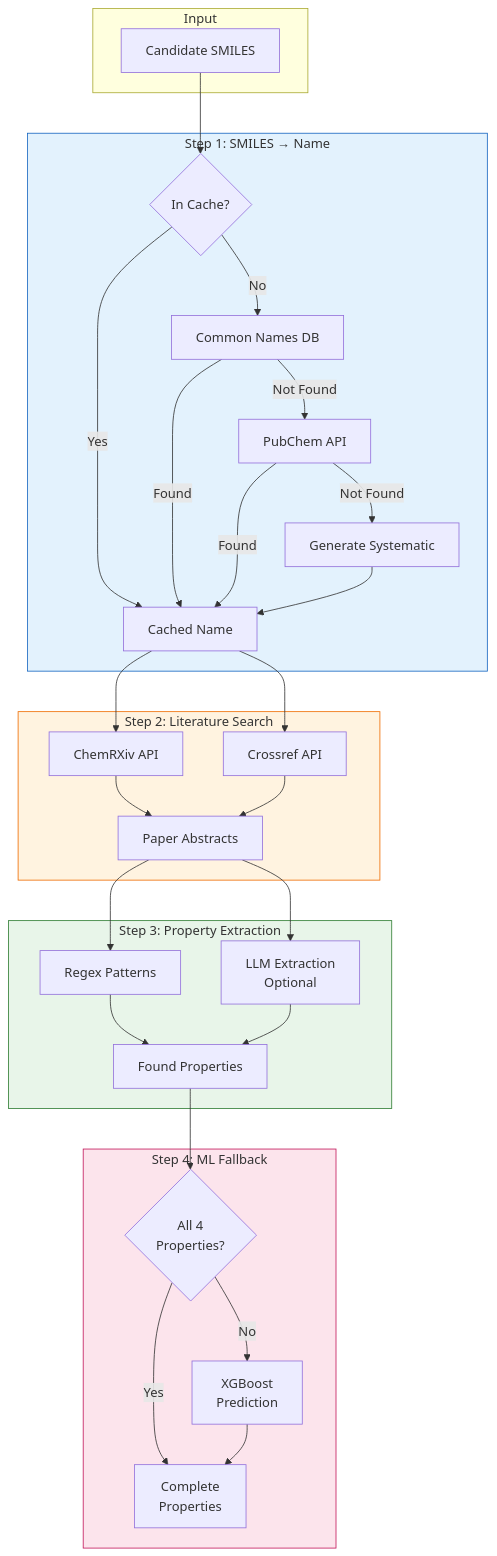
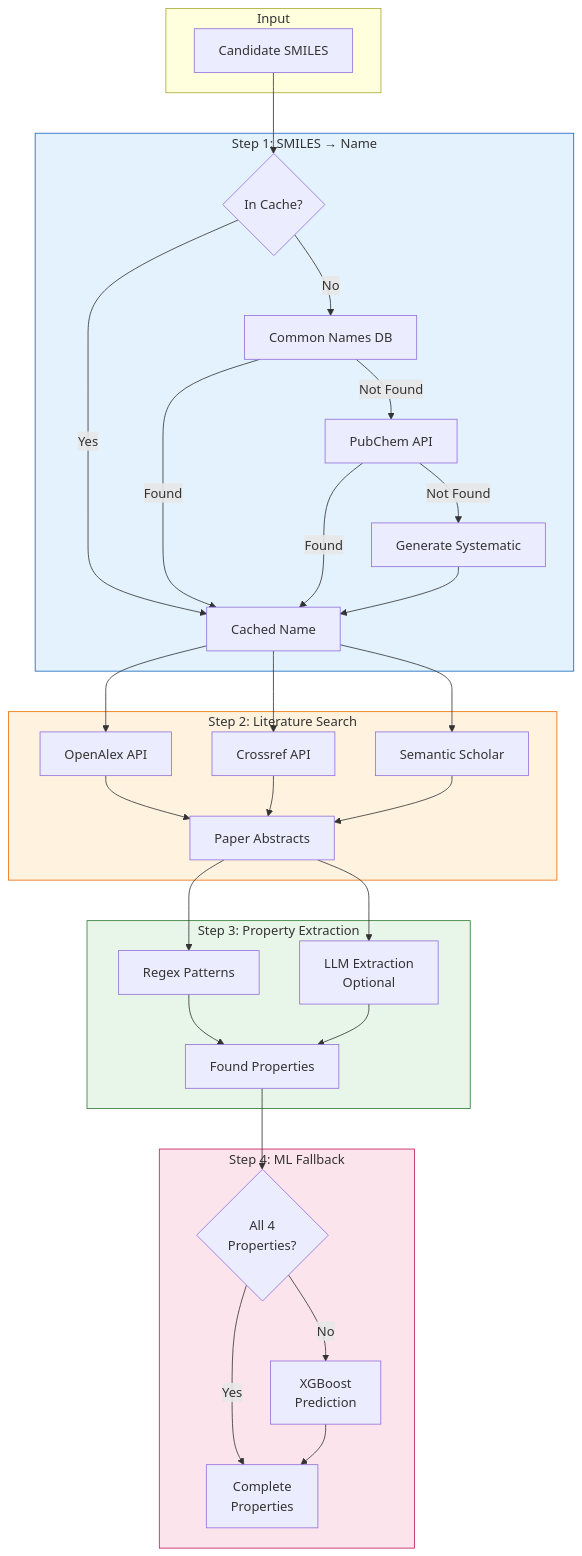
Diagram 11 of 19 in docs/system_design.md (josefberman/EnergeticGraph), drawn with Mermaid before and after one commit. The commit also changed other lines of this file and 4 other files, not shown here.

Commit message:
feat: Update .gitignore to exclude RAG cache; enhance requirements with PubChemPy and requests for chemical name resolution; refine system design documentation to reflect multi-database literature search; adjust feasibility calculations in UI for clarity.

````diff
--- a/docs/system_design.md
+++ b/docs/system_design.md
@@ -512,43 +512,45 @@
 ```mermaid
 flowchart TB
     subgraph Input["Input"]
         SMILES[Candidate SMILES]
     end
     
     subgraph NameConversion["Step 1: SMILES → Name"]
         SMILES --> Cache1{In Cache?}
         Cache1 -->|Yes| Name1[Cached Name]
         Cache1 -->|No| CommonDB[Common Names DB]
         CommonDB -->|Not Found| PubChem[PubChem API]
         PubChem -->|Not Found| Systematic[Generate Systematic]
         CommonDB -->|Found| Name1
         PubChem -->|Found| Name1
         Systematic --> Name1
     end
     
     subgraph Search["Step 2: Literature Search"]
-        Name1 --> ChemRXiv[ChemRXiv API]
+        Name1 --> OpenAlex[OpenAlex API]
         Name1 --> Crossref[Crossref API]
-        ChemRXiv --> Papers[Paper Abstracts]
+        Name1 --> SemanticScholar[Semantic Scholar]
+        OpenAlex --> Papers[Paper Abstracts]
         Crossref --> Papers
+        SemanticScholar --> Papers
     end
     
     subgraph Extract["Step 3: Property Extraction"]
         Papers --> Regex[Regex Patterns]
         Papers --> LLM[LLM Extraction<br/>Optional]
         Regex --> Found[Found Properties]
         LLM --> Found
     end
     
     subgraph Fallback["Step 4: ML Fallback"]
         Found --> Check{All 4<br/>Properties?}
         Check -->|No| MLPredict[XGBoost<br/>Prediction]
         Check -->|Yes| Output
         MLPredict --> Output[Complete<br/>Properties]
     end
     
     style NameConversion fill:#e3f2fd,stroke:#1565c0
     style Search fill:#fff3e0,stroke:#ef6c00
     style Extract fill:#e8f5e9,stroke:#2e7d32
     style Fallback fill:#fce4ec,stroke:#c2185b
 ```
````
